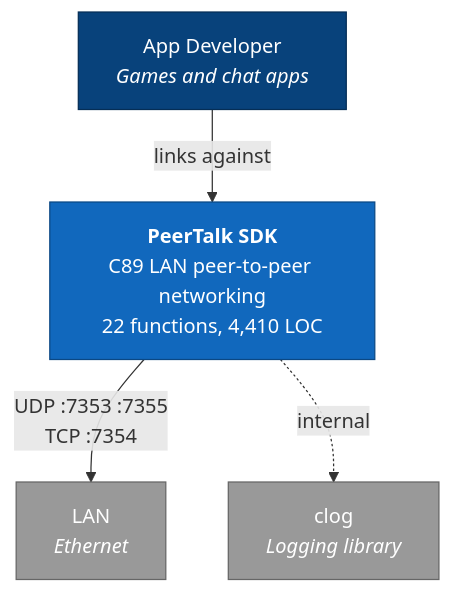
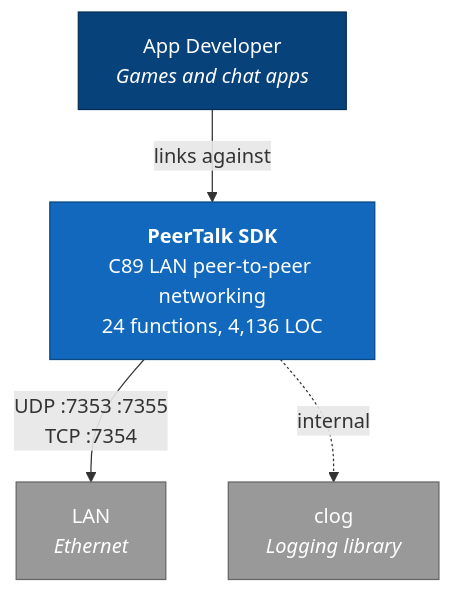
Before and after one commit to matthewdeaves/peertalk: the first of 12 diagrams in ARCHITECTURE.md, drawn with Mermaid. The commit also changed other lines of this file and 6 other files, not shown here.

````diff
--- a/ARCHITECTURE.md
+++ b/ARCHITECTURE.md
@@ -7,16 +7,16 @@
 ```mermaid
 graph TB
     Dev["App Developer<br/><i>Games and chat apps</i>"]
-    SDK["<b>PeerTalk SDK</b><br/>C89 LAN peer-to-peer networking<br/>22 functions, 4,410 LOC"]
+    SDK["<b>PeerTalk SDK</b><br/>C89 LAN peer-to-peer networking<br/>24 functions, 4,136 LOC"]
     LAN["LAN<br/><i>Ethernet</i>"]
     Clog["clog<br/><i>Logging library</i>"]
 
     Dev -->|"links against"| SDK
     SDK -->|"UDP :7353 :7355<br/>TCP :7354"| LAN
     SDK -.->|"internal"| Clog
 
     style SDK fill:#1168bd,stroke:#0b4884,color:#fff
     style Dev fill:#08427b,stroke:#052e56,color:#fff
     style LAN fill:#999,stroke:#666,color:#fff
     style Clog fill:#999,stroke:#666,color:#fff
 ```
````
